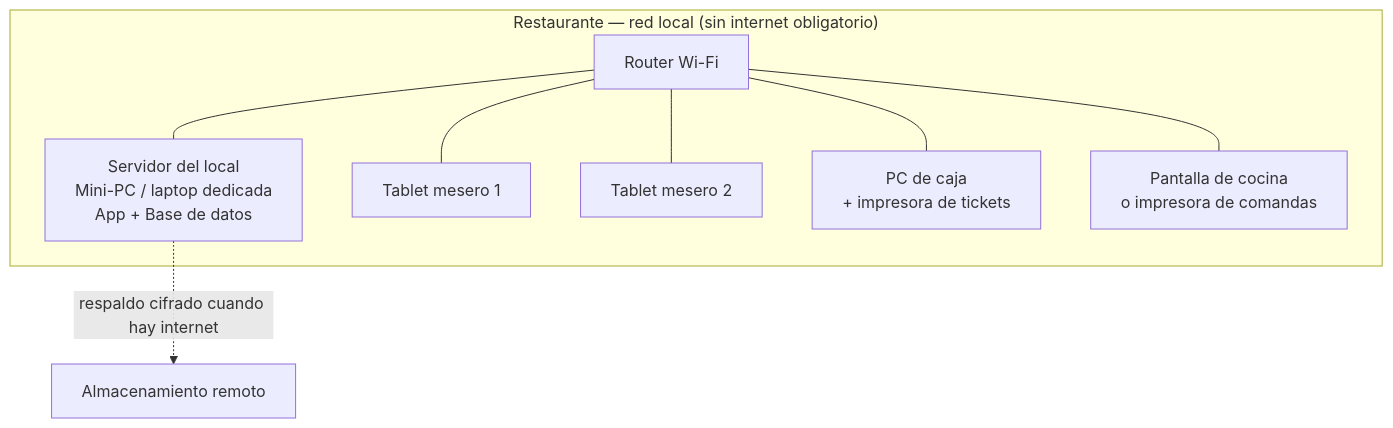
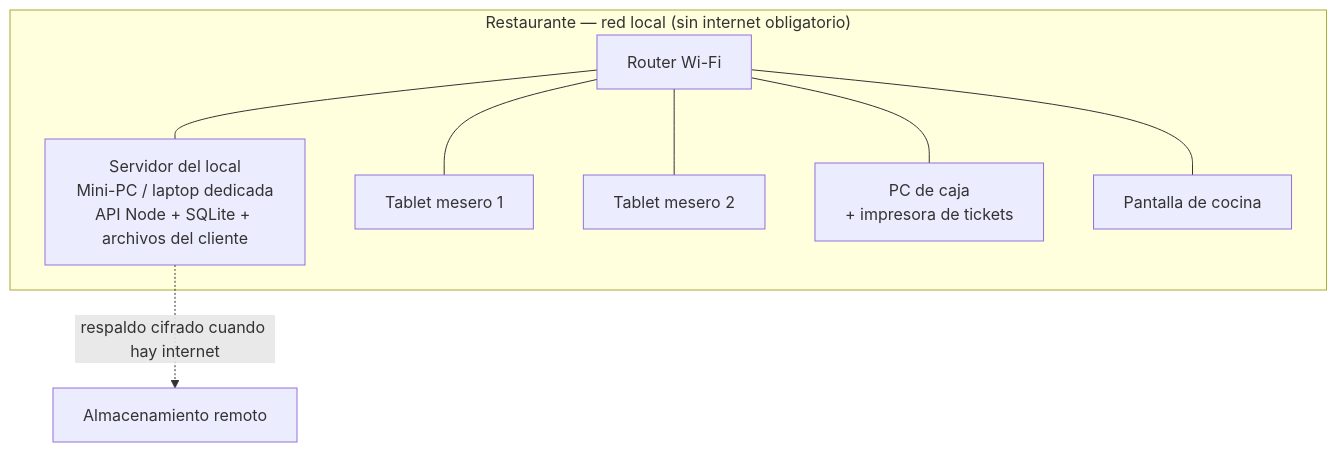
One commit to ArturoGomezGz/pos-Mazatl-n- changed the first of 2 diagrams in docs/03-arquitectura.md. Above: the diagram before and after it, drawn with Mermaid. The commit also changed other lines of this file and 38 other files, not shown here.

````diff
--- a/docs/03-arquitectura.md
+++ b/docs/03-arquitectura.md
@@ -35,17 +27,17 @@
 ```mermaid
 flowchart TB
     subgraph LOCAL["Restaurante — red local (sin internet obligatorio)"]
-        SRV["Servidor del local<br/>Mini-PC / laptop dedicada<br/>App + Base de datos"]
+        SRV["Servidor del local<br/>Mini-PC / laptop dedicada<br/>API Node + SQLite + archivos del cliente"]
         RTR["Router Wi-Fi"]
         T1["Tablet mesero 1"]
         T2["Tablet mesero 2"]
         CAJA["PC de caja<br/>+ impresora de tickets"]
-        COC["Pantalla de cocina<br/>o impresora de comandas"]
+        COC["Pantalla de cocina"]
         RTR --- SRV
         RTR --- T1
         RTR --- T2
         RTR --- CAJA
         RTR --- COC
     end
     SRV -. "respaldo cifrado cuando hay internet" .-> NUBE["Almacenamiento remoto"]
 ```
````
